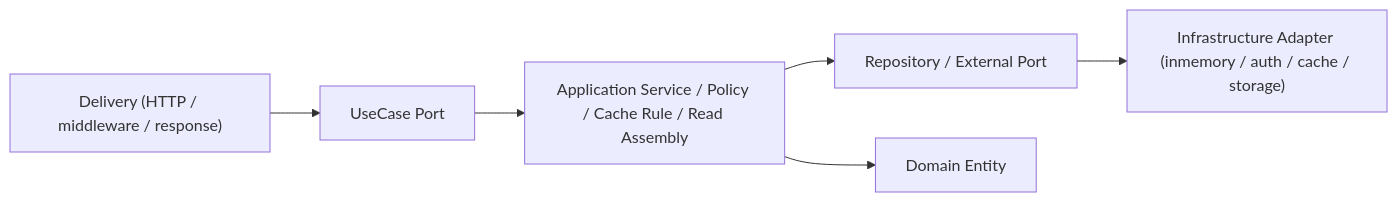
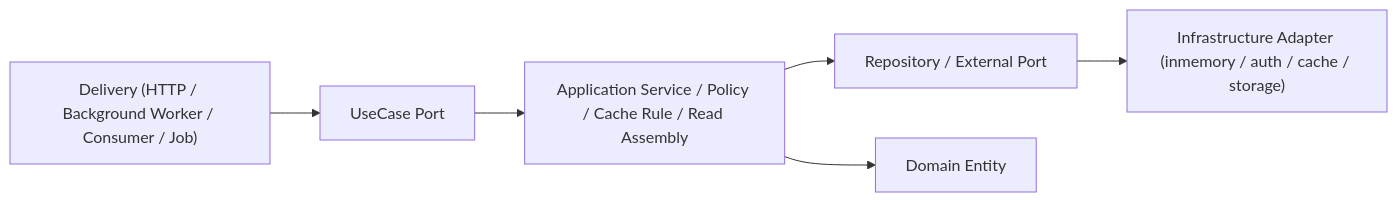
The diagram in docs/ARCHITECTURE.md (hoonzinope/go-comu-bin), drawn with Mermaid before and after one commit. The commit also changed other lines of this file and 50 other files, not shown here.

Commit message:
refactor: align architecture context and logging boundaries

````diff
--- a/docs/ARCHITECTURE.md
+++ b/docs/ARCHITECTURE.md
@@ -12,15 +15,15 @@
 ```mermaid
 flowchart LR
-    HTTP["Delivery (HTTP / middleware / response)"]
+    DELIVERY["Delivery (HTTP / Background Worker / Consumer / Job)"]
     UC["UseCase Port"]
     APP["Application Service / Policy / Cache Rule / Read Assembly"]
     PORT["Repository / External Port"]
     INFRA["Infrastructure Adapter (inmemory / auth / cache / storage)"]
     DOMAIN["Domain Entity"]
 
-    HTTP --> UC
+    DELIVERY --> UC
     UC --> APP
     APP --> DOMAIN
     APP --> PORT
     PORT --> INFRA
 ```
````
